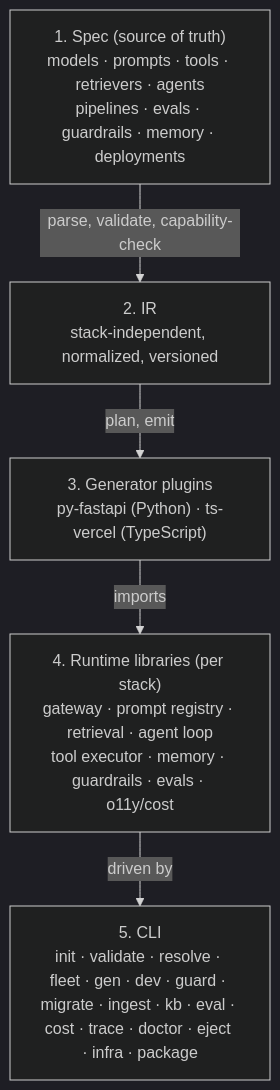
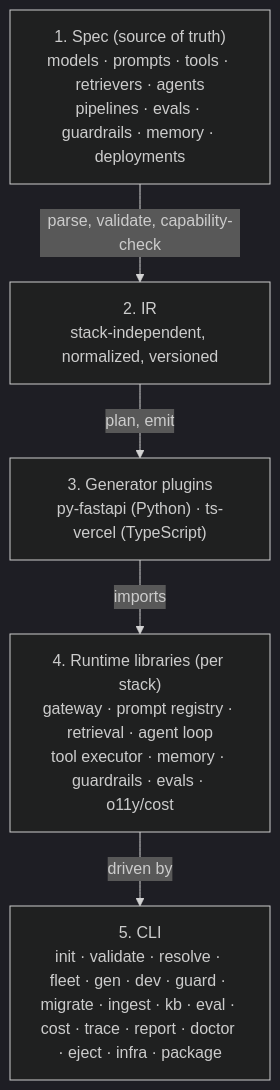
The diagram in README.md (aid-framework/aid-framework), drawn with Mermaid (dark theme) before and after one commit. The commit also changed other lines of this file and 24 other files, not shown here.

First line of the commit message:
feat(cli): report cost, latency and evals across the fleet (#178)

````diff
--- a/README.md
+++ b/README.md
@@ -45,12 +45,12 @@
 ```mermaid
 flowchart TD
     A["1. Spec (source of truth)<br/>models · prompts · tools · retrievers · agents<br/>pipelines · evals · guardrails · memory · deployments"]
     B["2. IR<br/>stack-independent, normalized, versioned"]
     C["3. Generator plugins<br/>py-fastapi (Python) · ts-vercel (TypeScript)"]
     D["4. Runtime libraries (per stack)<br/>gateway · prompt registry · retrieval · agent loop<br/>tool executor · memory · guardrails · evals · o11y/cost"]
-    E["5. CLI<br/>init · validate · resolve · fleet · gen · dev · guard · migrate · ingest · kb · eval · cost · trace · doctor · eject · infra · package"]
+    E["5. CLI<br/>init · validate · resolve · fleet · gen · dev · guard · migrate · ingest · kb · eval · cost · trace · report · doctor · eject · infra · package"]
     A -->|parse, validate, capability-check| B
     B -->|plan, emit| C
     C -->|imports| D
     D -->|driven by| E
 ```
````
